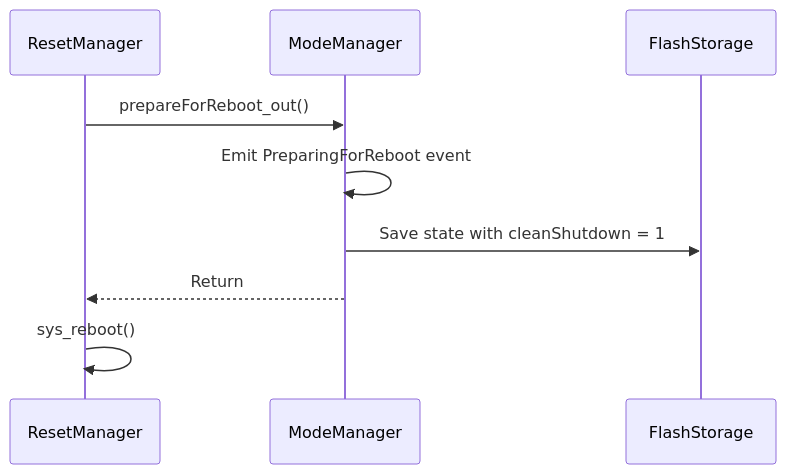
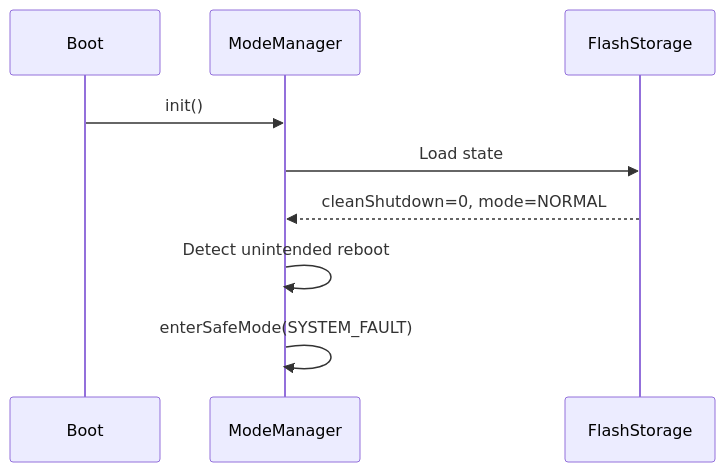
Before and after one commit to Open-Source-Space-Foundation/proves-core-reference: the third of 3 diagrams in FprimeZephyrReference/Components/ModeManager/docs/sdd.md, drawn with Mermaid. The commit also changed other lines of this file and 5 other files, not shown here.

````diff
--- a/FprimeZephyrReference/Components/ModeManager/docs/sdd.md
+++ b/FprimeZephyrReference/Components/ModeManager/docs/sdd.md
@@ -286,12 +166,12 @@
 ```mermaid
 sequenceDiagram
-    participant ResetManager
+    participant Boot
     participant ModeManager
     participant FlashStorage
 
-    ResetManager->>ModeManager: prepareForReboot_out()
-    ModeManager->>ModeManager: Emit PreparingForReboot event
-    ModeManager->>FlashStorage: Save state with cleanShutdown = 1
-    ModeManager-->>ResetManager: Return
-    ResetManager->>ResetManager: sys_reboot()
+    Boot->>ModeManager: init()
+    ModeManager->>FlashStorage: Load state
+    FlashStorage-->>ModeManager: cleanShutdown=0, mode=NORMAL
+    ModeManager->>ModeManager: Detect unintended reboot
+    ModeManager->>ModeManager: enterSafeMode(SYSTEM_FAULT)
 ```
````
